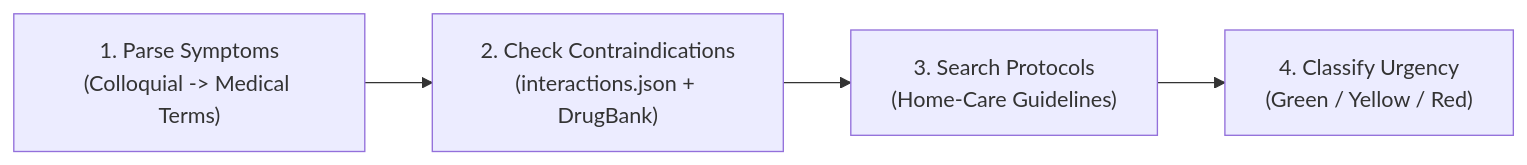
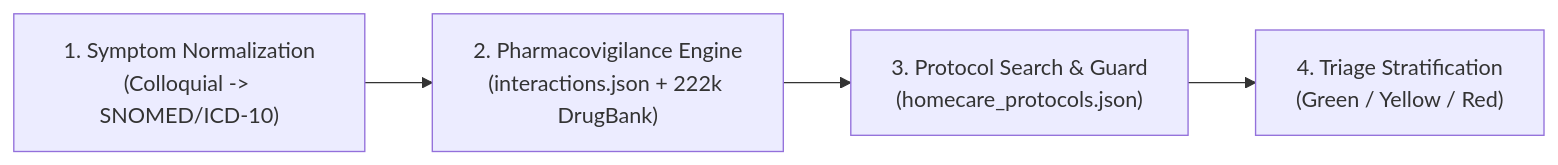
The first of 2 diagrams in README.md (mahima3101/patient-triage-agent), drawn with Mermaid before and after one commit. The commit also changed other lines of this file and 2 other files, not shown here.

````diff
--- a/README.md
+++ b/README.md
@@ -46,6 +50,6 @@
 ```mermaid
 flowchart LR
-    A["1. Parse Symptoms\n(Colloquial -> Medical Terms)"] --> B["2. Check Contraindications\n(interactions.json + DrugBank)"]
-    B --> C["3. Search Protocols\n(Home-Care Guidelines)"]
-    C --> D["4. Classify Urgency\n(Green / Yellow / Red)"]
+    A["1. Symptom Normalization\n(Colloquial -> SNOMED/ICD-10)"] --> B["2. Pharmacovigilance Engine\n(interactions.json + 222k DrugBank)"]
+    B --> C["3. Protocol Search & Guard\n(homecare_protocols.json)"]
+    C --> D["4. Triage Stratification\n(Green / Yellow / Red)"]
 ```
````
